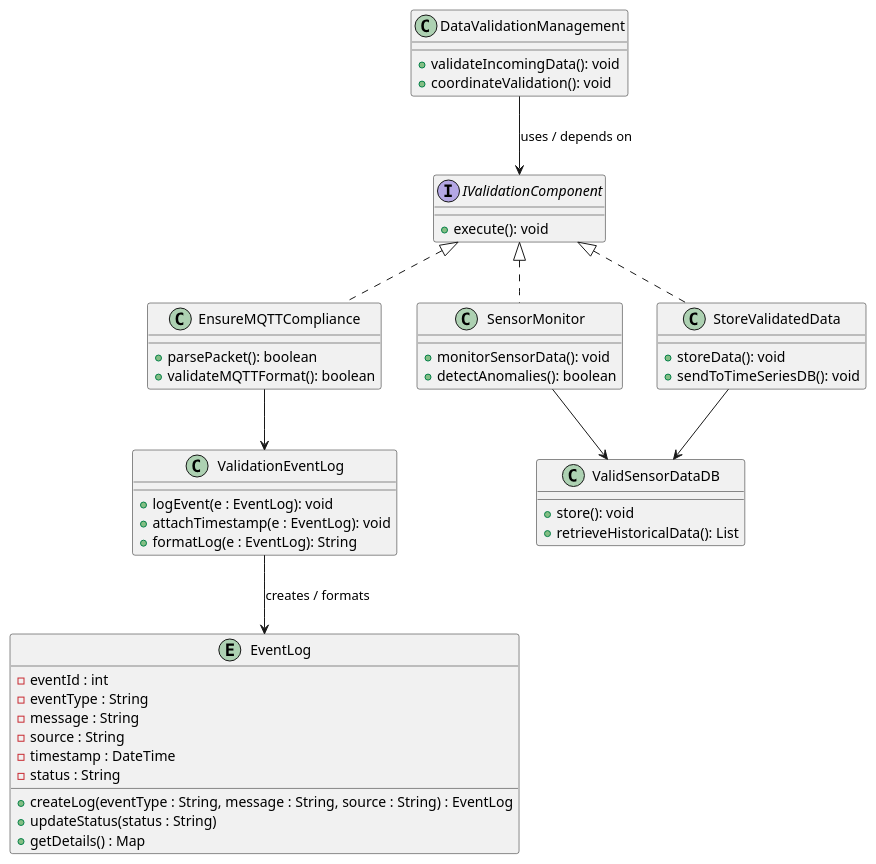
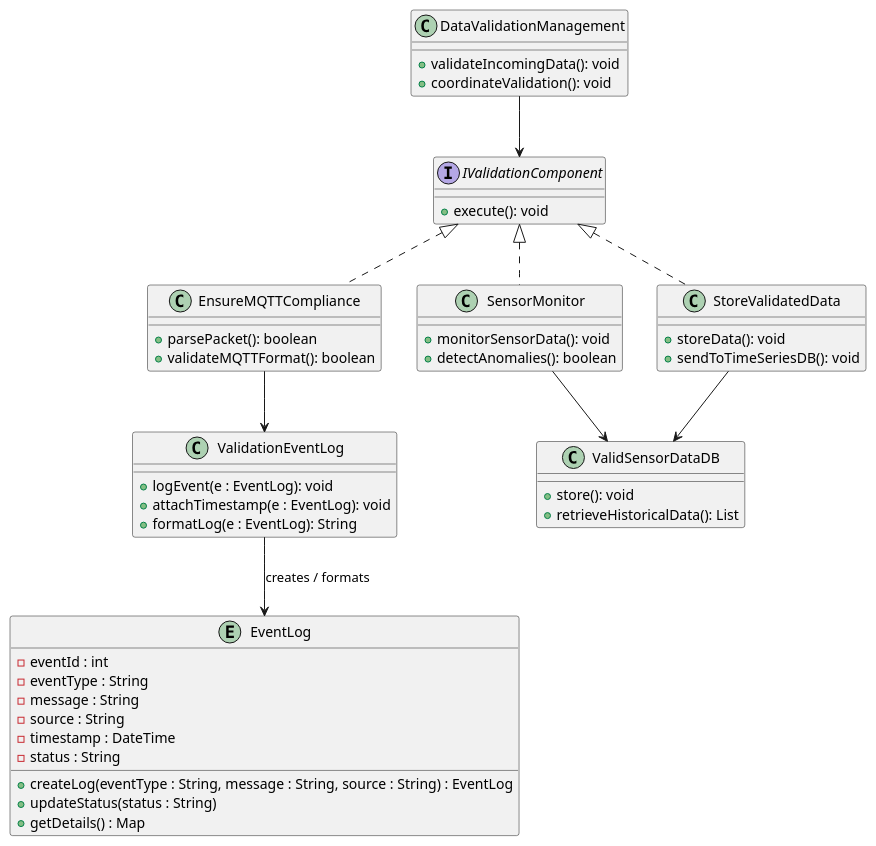
One commit to harmanpreet-sagar/sfwreng-3a04-group6-t01-scemas changed the diagram in docs/diagrams/plantuml/class/Data_valid_mgmntClass.puml. Above: the diagram before and after it, drawn with PlantUML.

Commit message:
remove labels from connectors in class diagram

```diff
--- a/docs/diagrams/plantuml/class/Data_valid_mgmntClass.puml
+++ b/docs/diagrams/plantuml/class/Data_valid_mgmntClass.puml
@@ -1,88 +1,88 @@
 @startuml
 
 ' ========================
 ' Single Interface
 ' ========================
 
 interface IValidationComponent {
   + execute(): void
 }
 
 ' ========================
 ' Classes
 ' ========================
 
 class DataValidationManagement {
   + validateIncomingData(): void
   + coordinateValidation(): void
 }
 
 class EnsureMQTTCompliance {
   + parsePacket(): boolean
   + validateMQTTFormat(): boolean
 }
 
 class SensorMonitor {
   + monitorSensorData(): void
   + detectAnomalies(): boolean
 }
 
 class StoreValidatedData {
   + storeData(): void
   + sendToTimeSeriesDB(): void
 }
 
 class ValidationEventLog {
   + logEvent(e : EventLog): void
   + attachTimestamp(e : EventLog): void
   + formatLog(e : EventLog): String
 }
 
 class ValidSensorDataDB {
   + store(): void
   + retrieveHistoricalData(): List
 }
 
 ' ========================
 ' NEW ENTITY
 ' ========================
 
 entity EventLog {
   -eventId : int
   -eventType : String
   -message : String
   -source : String
   -timestamp : DateTime
   -status : String
   
   +createLog(eventType : String, message : String, source : String) : EventLog
   +updateStatus(status : String)
   +getDetails() : Map
 }
 
 ' ========================
 ' Interface Implementation
 ' ========================
 
 IValidationComponent <|.. EnsureMQTTCompliance
 IValidationComponent <|.. SensorMonitor
 IValidationComponent <|.. StoreValidatedData
 
 ' ========================
 ' Controller depends on interface
 ' ========================
 
-DataValidationManagement --> IValidationComponent : uses / depends on
+DataValidationManagement --> IValidationComponent
 
 ' ========================
 ' Relationships
 ' ========================
 
 EnsureMQTTCompliance --> ValidationEventLog
 SensorMonitor --> ValidSensorDataDB
 StoreValidatedData --> ValidSensorDataDB
 
 ' NEW relationships for EventLog
 ValidationEventLog --> EventLog : creates / formats
 
 @enduml
```
